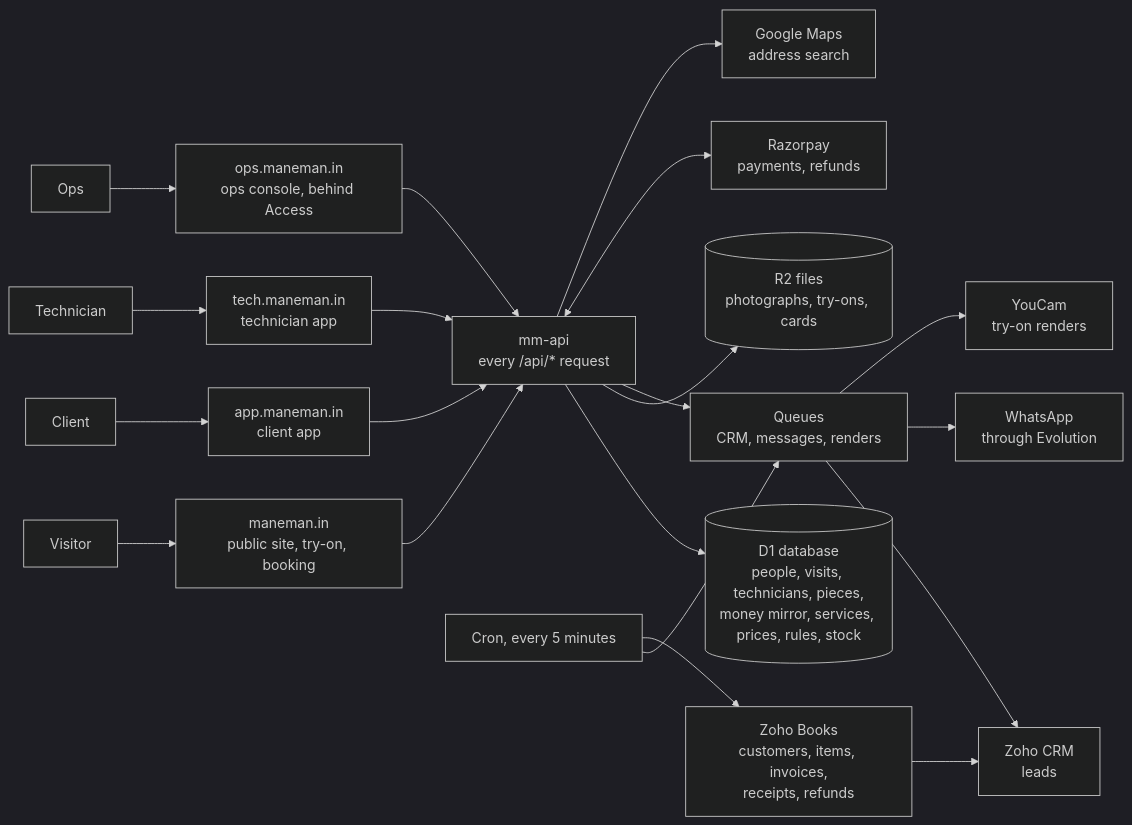
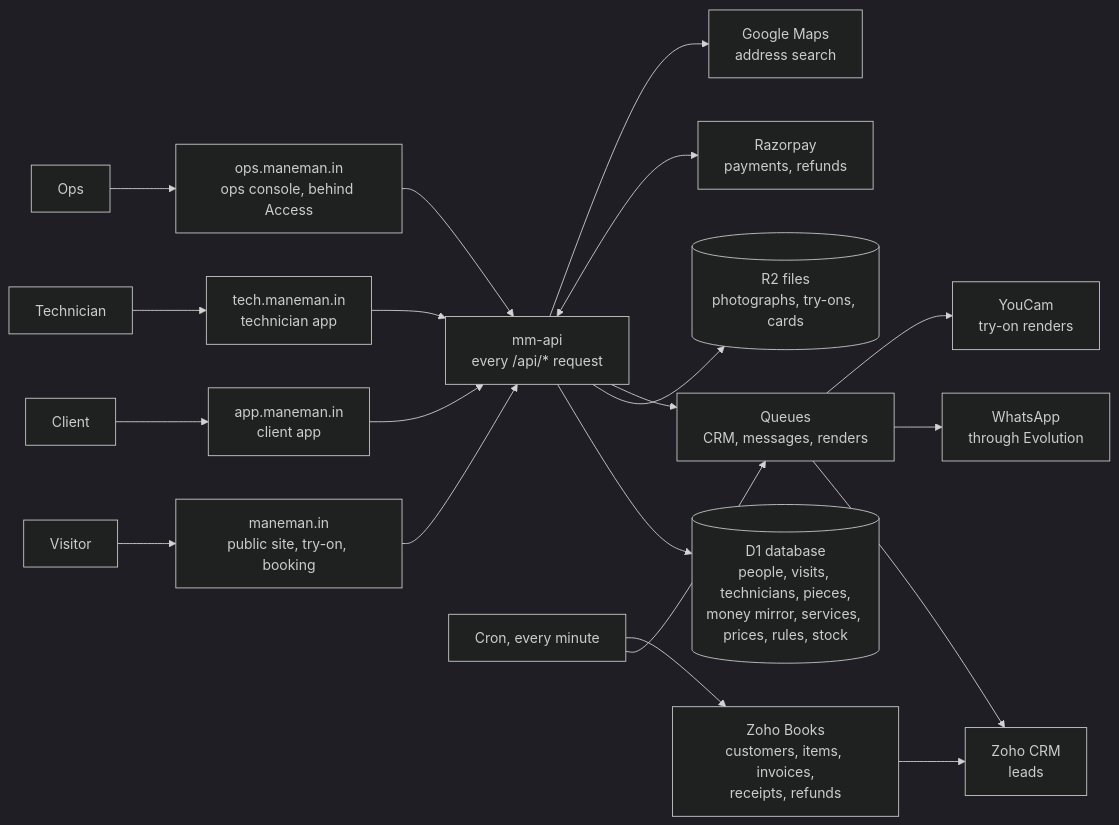
Before and after one commit to techadmin-maneman/web: the diagram in docs/walkthrough.md, drawn with Mermaid (dark theme). The commit also changed other lines of this file and 1 other file, not shown here.

Commit message:
wip: batch 9, the docs say the cron runs every minute, each job at its own pace

````diff
--- a/docs/walkthrough.md
+++ b/docs/walkthrough.md
@@ -7,22 +7,22 @@
 ```mermaid
 flowchart LR
   V[Visitor] --> SITE["maneman.in<br/>public site, try-on, booking"]
   C[Client] --> APP["app.maneman.in<br/>client app"]
   T[Technician] --> TECH["tech.maneman.in<br/>technician app"]
   O[Ops] --> OPS["ops.maneman.in<br/>ops console, behind Access"]
   SITE --> API
   APP --> API
   TECH --> API
   OPS --> API
   API["mm-api<br/>every /api/* request"] --> D1[("D1 database<br/>people, visits, technicians, pieces,<br/>money mirror, services, prices, rules, stock")]
   API --> R2[("R2 files<br/>photographs, try-ons, cards")]
   API --> Q["Queues<br/>CRM, messages, renders"]
-  CRON["Cron, every 5 minutes"] --> Q
+  CRON["Cron, every minute"] --> Q
   Q --> CRM["Zoho CRM<br/>leads"]
   CRON --> BOOKS["Zoho Books<br/>customers, items, invoices,<br/>receipts, refunds"]
   BOOKS --> CRM
   Q --> WA["WhatsApp<br/>through Evolution"]
   Q --> YC["YouCam<br/>try-on renders"]
   API <--> RZP["Razorpay<br/>payments, refunds"]
   API --> GMAP["Google Maps<br/>address search"]
 ```
````
